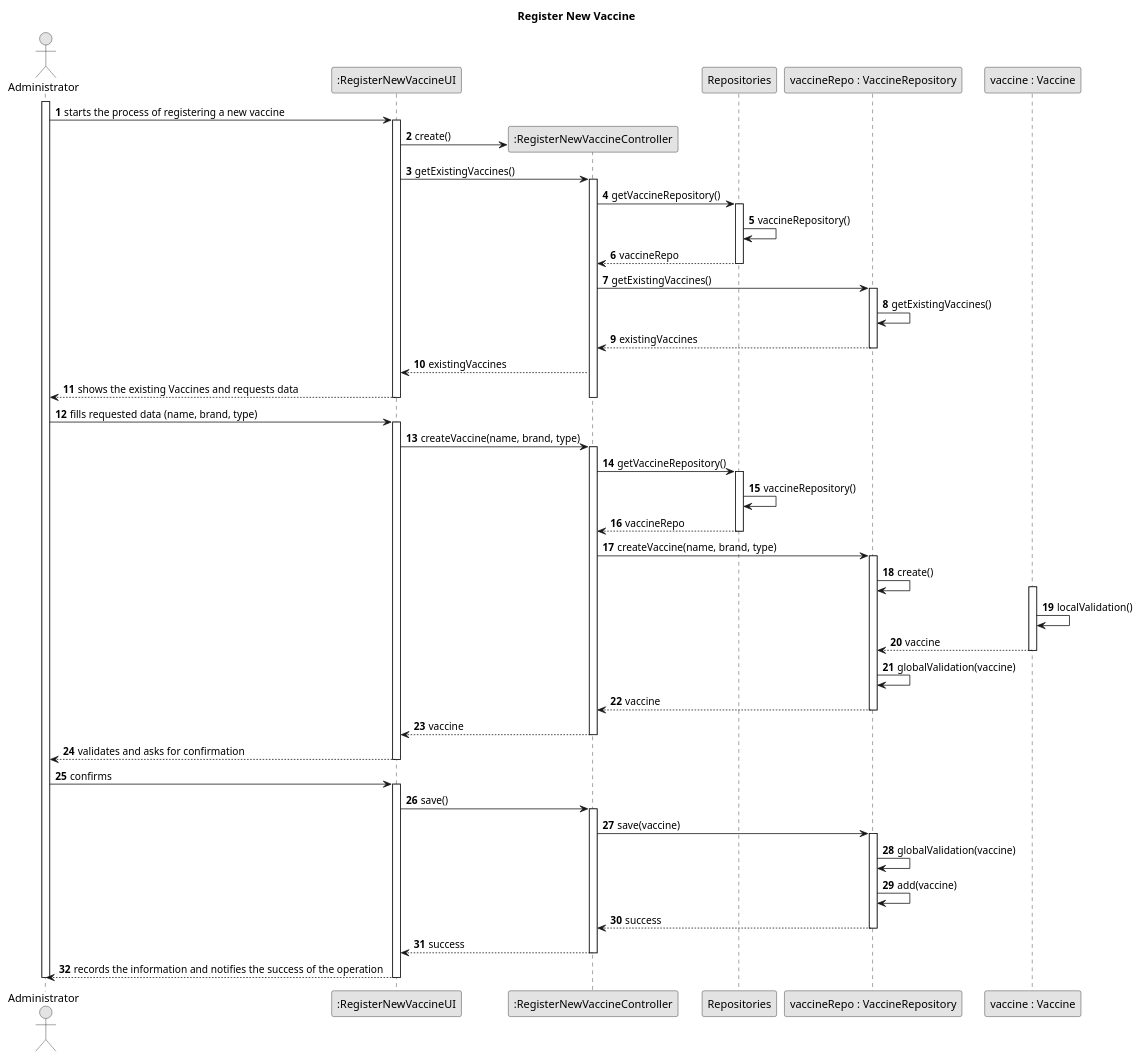
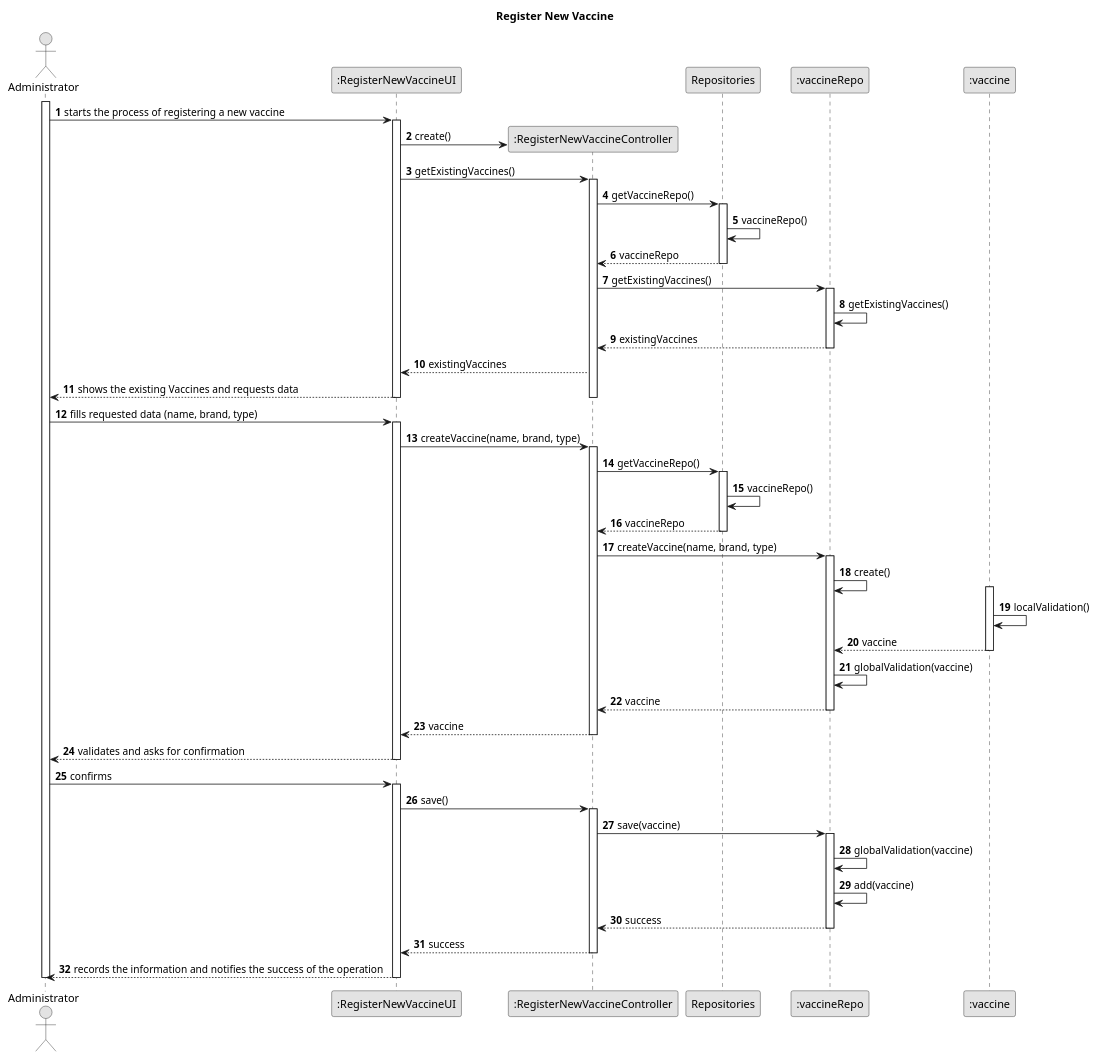
One commit to rafaafig/SnsTrab changed the diagram in sns-base/doc/global/use-cases/UC011/uc011-sd.puml. Above: the diagram before and after it, drawn with PlantUML.

```diff
--- a/sns-base/doc/global/use-cases/UC011/uc011-sd.puml
+++ b/sns-base/doc/global/use-cases/UC011/uc011-sd.puml
@@ -1,79 +1,79 @@
 @startuml
 skinparam monochrome true
 skinparam packageStyle rectangle
 skinparam shadowing false
 
 title Register New Vaccine
 
 autonumber
 
 actor Administrator
 participant ":RegisterNewVaccineUI" as ui
 participant ":RegisterNewVaccineController" as ctrl
 participant Repositories
-participant "vaccineRepo : VaccineRepository" as vaccineRepo
-participant "vaccine : Vaccine" as vaccine
+participant ":vaccineRepo" as vaccineRepo
+participant ":vaccine" as vaccine
 
 activate Administrator
 
     Administrator -> ui : starts the process of registering a new vaccine
     activate ui
         ui -> ctrl** : create()
         ui -> ctrl : getExistingVaccines()
         activate ctrl
-            ctrl -> Repositories : getVaccineRepository()
+            ctrl -> Repositories : getVaccineRepo()
             activate Repositories
-                Repositories -> Repositories : vaccineRepository()
+                Repositories -> Repositories : vaccineRepo()
                 Repositories-->ctrl : vaccineRepo
             deactivate Repositories
             ctrl -> vaccineRepo : getExistingVaccines()
             activate vaccineRepo
                 vaccineRepo -> vaccineRepo : getExistingVaccines()
                 vaccineRepo --> ctrl : existingVaccines
             deactivate vaccineRepo
             ctrl --> ui : existingVaccines
             ui --> Administrator : shows the existing Vaccines and requests data
         deactivate ctrl
     deactivate ui
 
     Administrator -> ui : fills requested data (name, brand, type)
     activate ui
         ui -> ctrl : createVaccine(name, brand, type)
         activate ctrl
-            ctrl -> Repositories : getVaccineRepository()
+            ctrl -> Repositories : getVaccineRepo()
             activate Repositories
-                Repositories -> Repositories : vaccineRepository()
+                Repositories -> Repositories : vaccineRepo()
                 Repositories --> ctrl : vaccineRepo
             deactivate Repositories
             ctrl -> vaccineRepo : createVaccine(name, brand, type)
             activate vaccineRepo
                 vaccineRepo -> vaccineRepo : create()
                 activate vaccine
                     vaccine -> vaccine : localValidation()
                     vaccine --> vaccineRepo : vaccine
                 deactivate vaccine
                 vaccineRepo -> vaccineRepo : globalValidation(vaccine)
                 vaccineRepo --> ctrl : vaccine
             deactivate vaccineRepo
             ctrl --> ui : vaccine
         deactivate ctrl
         ui --> Administrator : validates and asks for confirmation
     deactivate ui
 
     Administrator -> ui : confirms
     activate ui
         ui -> ctrl : save()
         activate ctrl
             ctrl -> vaccineRepo : save(vaccine)
             activate vaccineRepo
                 vaccineRepo -> vaccineRepo : globalValidation(vaccine)
                 vaccineRepo -> vaccineRepo : add(vaccine)
                 vaccineRepo --> ctrl : success
             deactivate vaccineRepo
             ctrl --> ui : success
         deactivate ctrl
         ui --> Administrator : records the information and notifies the success of the operation
     deactivate ui
 deactivate Administrator
 
 @enduml
```
